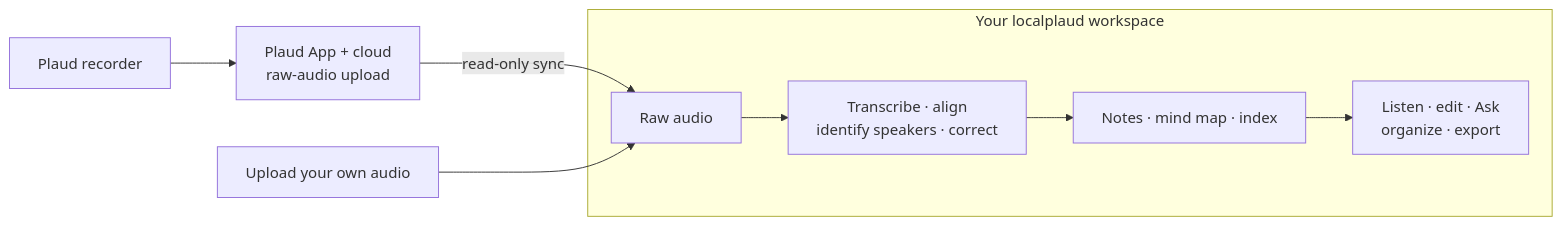
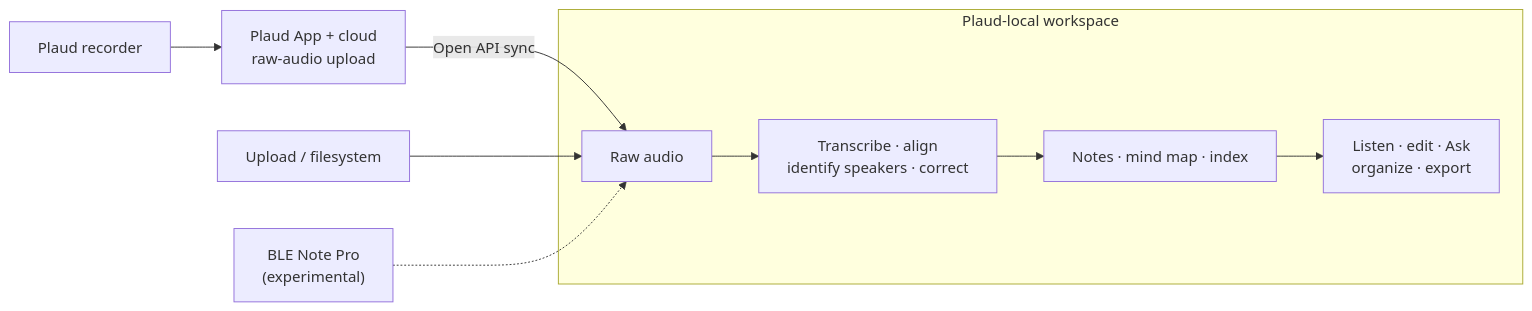
Before and after one commit to vkotios/plaud-local-assistant: the diagram in README.md, drawn with Mermaid. The commit also changed other lines of this file and 3 other files, not shown here.

First line of the commit message:
Document Plaud-local fork identity and project branding in README (#10)

````diff
--- a/README.md
+++ b/README.md
@@ -122,12 +137,13 @@
 ```mermaid
 flowchart LR
     recorder["Plaud recorder"] --> app["Plaud App + cloud<br/>raw-audio upload"]
-    app -->|"read-only sync"| audio
-    upload["Upload your own audio"] --> audio
+    app -->|"Open API sync"| audio
+    upload["Upload / filesystem"] --> audio
+    ble["BLE Note Pro<br/>(experimental)"] -.-> audio
 
-    subgraph localplaud["Your localplaud workspace"]
+    subgraph workspace["Plaud-local workspace"]
         audio["Raw audio"] --> transcript["Transcribe · align<br/>identify speakers · correct"]
         transcript --> knowledge["Notes · mind map · index"]
         knowledge --> use["Listen · edit · Ask<br/>organize · export"]
     end
 ```
````
